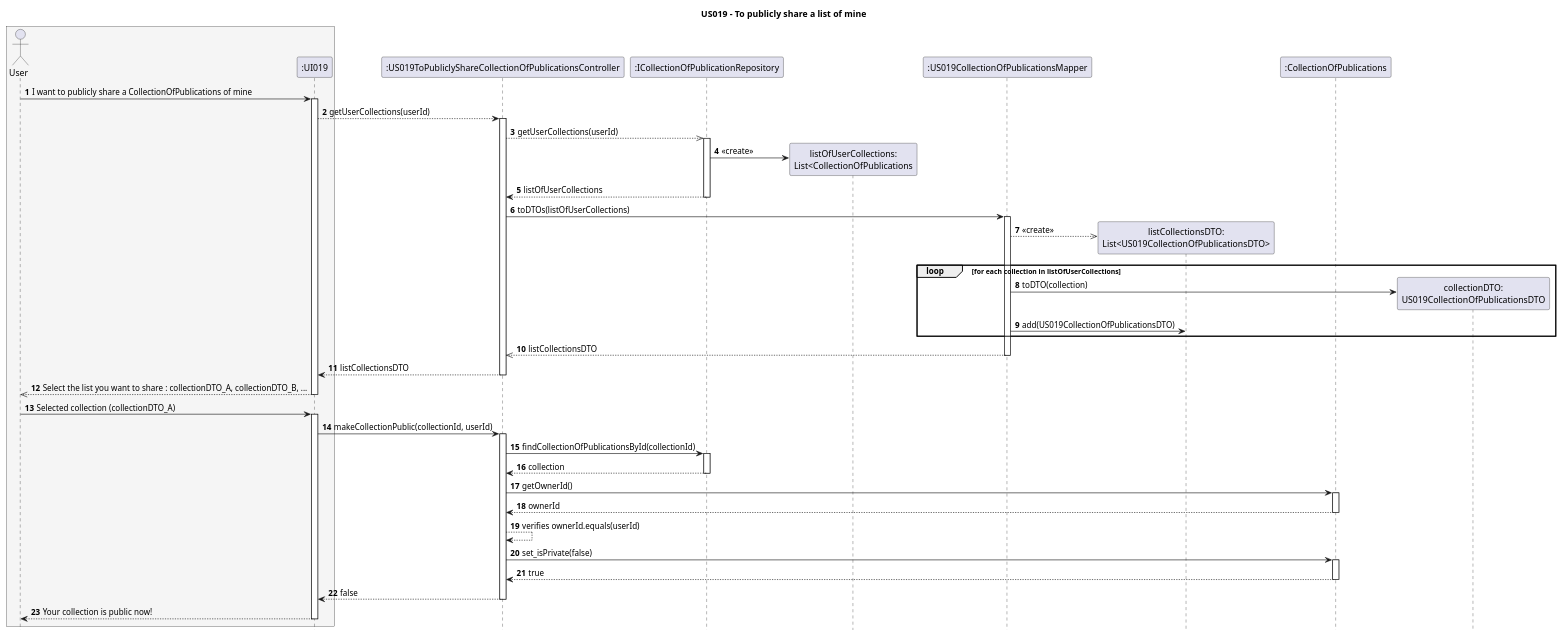
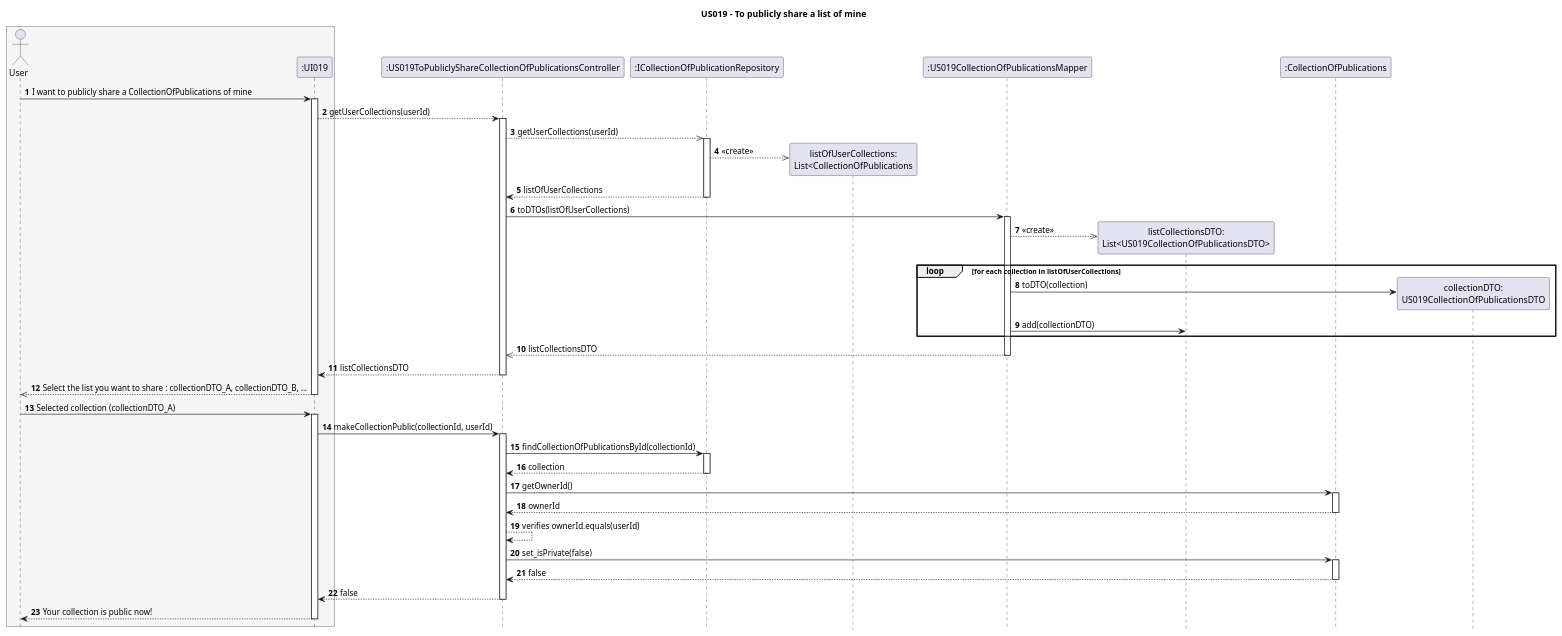
The diagram in Diagrams/SequenceDiagrams/N2/US019-to-publicly-share-a-list.puml (AndrePereiraGitH/SWitCH-Project-Team_A), drawn with PlantUML before and after one commit.

Commit message:
Working on #602. minor fixes to US019 sequence diagram

```diff
--- a/Diagrams/SequenceDiagrams/N2/US019-to-publicly-share-a-list.puml
+++ b/Diagrams/SequenceDiagrams/N2/US019-to-publicly-share-a-list.puml
@@ -1,82 +1,82 @@
 @startuml
 
 hide footbox
 autonumber
 
 title US019 - To publicly share a list of mine
 
 box #WhiteSmoke
 actor User
 participant ":UI019" as UI
 end box
 
 participant ":US019ToPubliclyShareCollectionOfPublicationsController" as Controller
 participant ":ICollectionOfPublicationRepository" as CollectionRepository
 participant "listOfUserCollections:\nList<CollectionOfPublications" as LUC
 participant ":US019CollectionOfPublicationsMapper" as Mapper
 participant "listCollectionsDTO:\nList<US019CollectionOfPublicationsDTO>" as listCollectionsDTO
 participant ":CollectionOfPublications" as Collection
 
 ' == Section 1 - get user colllections ==
 User -> UI : I want to publicly share a CollectionOfPublications of mine
 activate UI
 UI --> Controller: getUserCollections(userId)
 
 activate Controller
 
 Controller -->> CollectionRepository: getUserCollections(userId)
 activate CollectionRepository
-CollectionRepository -> LUC ** : «create»
+CollectionRepository -->> LUC ** : «create»
 CollectionRepository --> Controller: listOfUserCollections
 deactivate CollectionRepository
 
 Controller -> Mapper : toDTOs(listOfUserCollections)
 activate Mapper
 Mapper  -->> listCollectionsDTO ** : «create»
 
     loop for each collection in listOfUserCollections
         Mapper -> "collectionDTO:\nUS019CollectionOfPublicationsDTO" ** : toDTO(collection)
-        Mapper -> listCollectionsDTO : add(US019CollectionOfPublicationsDTO)
+        Mapper -> listCollectionsDTO : add(collectionDTO)
     end
     Mapper  -->> Controller : listCollectionsDTO
 deactivate Mapper
 
 Controller --> UI : listCollectionsDTO
 deactivate Controller
 
 UI -->> User : Select the list you want to share : collectionDTO_A, collectionDTO_B, ...
 deactivate UI
 
 ' == Section 2 - Make collection public ==
 User -> UI : Selected collection (collectionDTO_A)
 activate UI
 UI -> Controller : makeCollectionPublic(collectionId, userId)
 
 
 activate Controller
 
 Controller -> CollectionRepository : findCollectionOfPublicationsById(collectionId)
 activate CollectionRepository
 CollectionRepository --> Controller : collection
 deactivate CollectionRepository
 
 Controller -> Collection : getOwnerId()
 activate Collection
 Collection --> Controller : ownerId
 deactivate Collection
 
 Controller --> Controller : verifies ownerId.equals(userId)
 
 Controller -> Collection : set_isPrivate(false)
 activate Collection
-Collection --> Controller : true
+Collection --> Controller : false
 deactivate Collection
 
 Controller --> UI : false
 deactivate Controller
 
 UI --> User: Your collection is public now!
 
 deactivate UI
 
 @enduml
```
